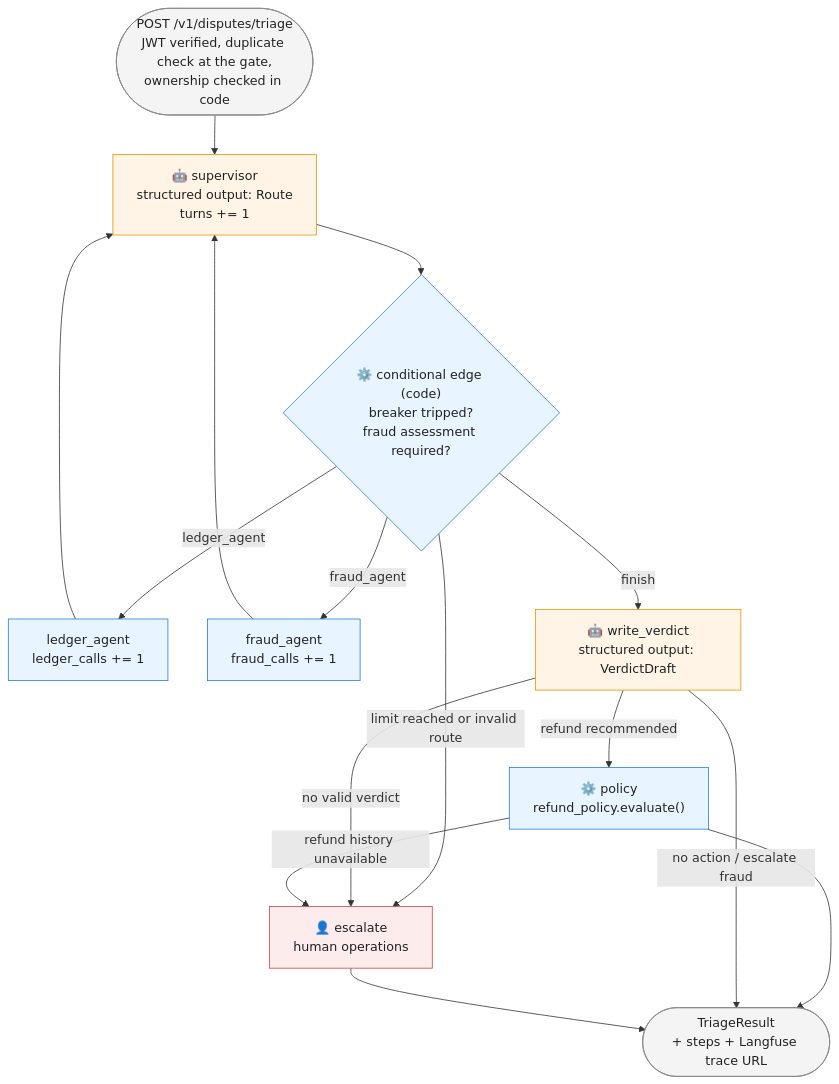
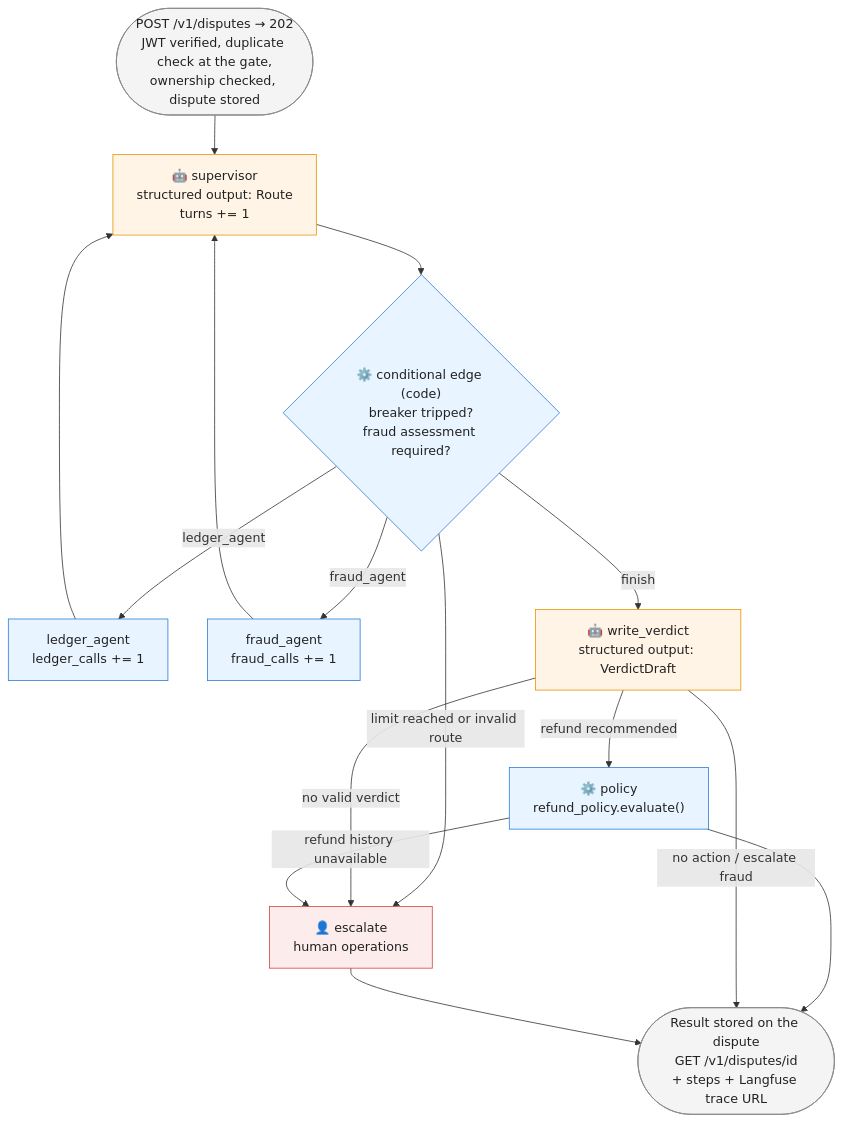
The second of 4 diagrams in README.md (mangeleth/nequi-bank-agent-demo), drawn with Mermaid before and after one commit. The commit also changed other lines of this file and 5 other files, not shown here.

````diff
--- a/README.md
+++ b/README.md
@@ -68,32 +79,32 @@
 ```mermaid
 flowchart TD
-    start(["POST /v1/disputes/triage<br/>JWT verified, duplicate check at the gate,<br/>ownership checked in code"])
+    start(["POST /v1/disputes → 202<br/>JWT verified, duplicate check at the gate,<br/>ownership checked, dispute stored"])
     supervisor["🤖 supervisor<br/>structured output: Route<br/>turns += 1"]
     edge{"⚙️ conditional edge (code)<br/>breaker tripped?<br/>fraud assessment required?"}
     ledger["ledger_agent<br/>ledger_calls += 1"]
     fraud["fraud_agent<br/>fraud_calls += 1"]
     verdict["🤖 write_verdict<br/>structured output: VerdictDraft"]
     policy["⚙️ policy<br/>refund_policy.evaluate()"]
     escalate["👤 escalate<br/>human operations"]
-    done(["TriageResult<br/>+ steps + Langfuse trace URL"])
+    done(["Result stored on the dispute<br/>GET /v1/disputes/id<br/>+ steps + Langfuse trace URL"])
 
     start --> supervisor --> edge
     edge -- "ledger_agent" --> ledger --> supervisor
     edge -- "fraud_agent" --> fraud --> supervisor
     edge -- "finish" --> verdict
     edge -- "limit reached or invalid route" --> escalate
     verdict -- "refund recommended" --> policy --> done
     verdict -- "no action / escalate fraud" --> done
     verdict -- "no valid verdict" --> escalate
     policy -- "refund history unavailable" --> escalate
     escalate --> done
 
     classDef llm fill:#fff4e5,stroke:#e69500,color:#222
     classDef det fill:#e8f4ff,stroke:#2b7bd6,color:#222
     classDef data fill:#f4f4f4,stroke:#888,color:#222
     classDef review fill:#fdecec,stroke:#d0453f,color:#222
     class supervisor,verdict llm
     class edge,policy,ledger,fraud det
     class start,done data
     class escalate review
 ```
````
